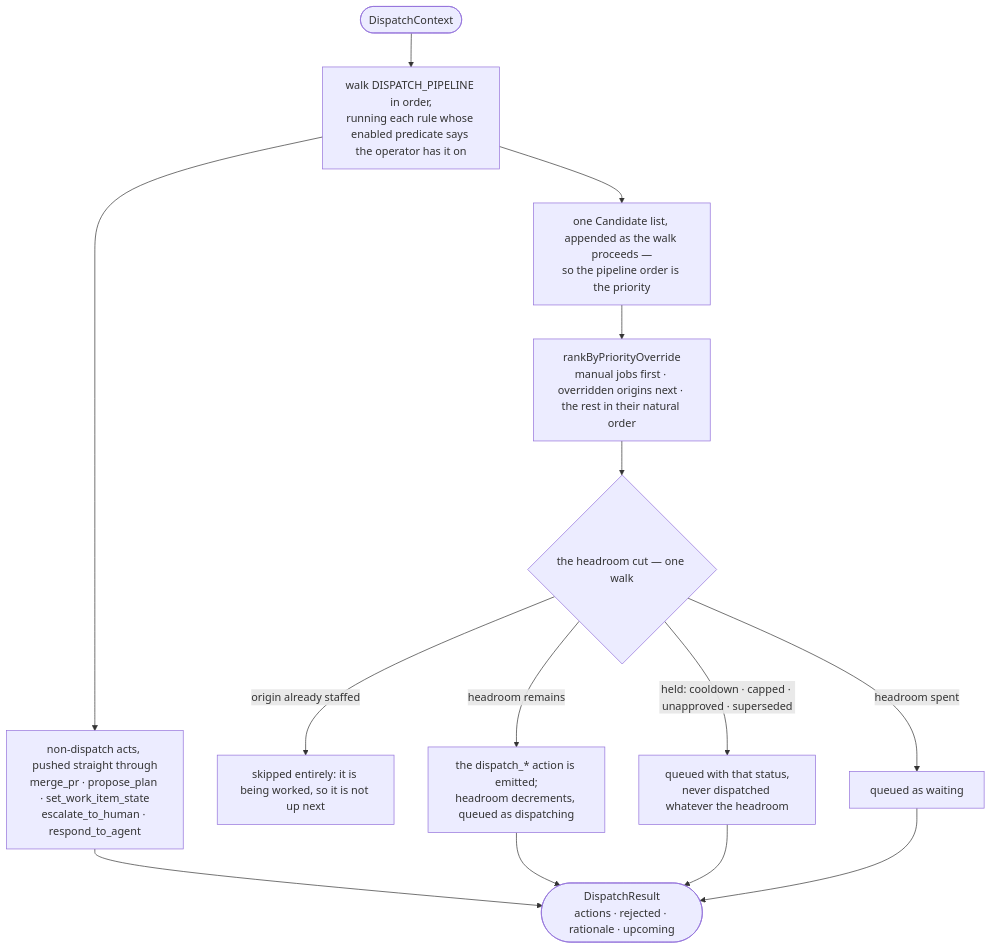
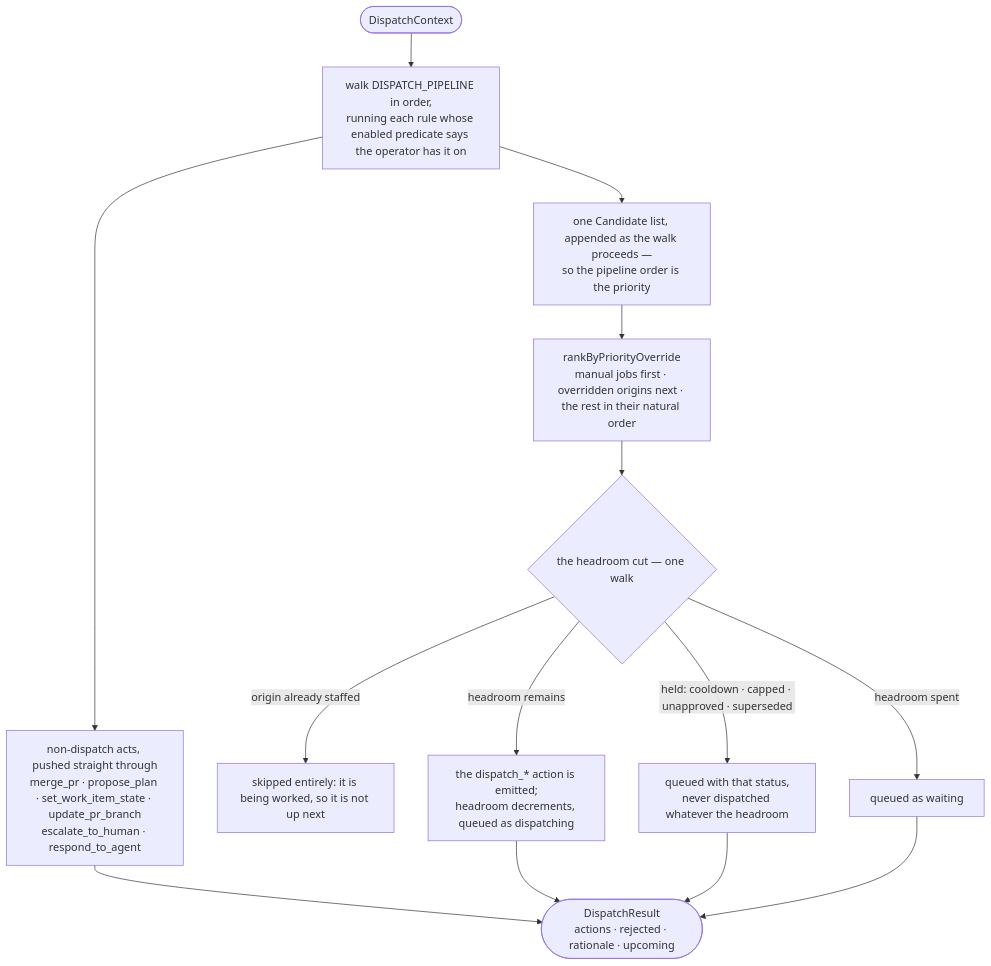
One commit to AdamAwan/LubbDubb changed the diagram in docs/spec/05-dispatcher.md. Above: the diagram before and after it, drawn with Mermaid. The commit also changed other lines of this file and 31 other files, not shown here.

````diff
--- a/docs/spec/05-dispatcher.md
+++ b/docs/spec/05-dispatcher.md
@@ -300,16 +301,16 @@
 ```mermaid
 flowchart TD
     CTX(["DispatchContext"]) --> WALK["walk DISPATCH_PIPELINE in order,<br/>running each rule whose enabled predicate says the operator has it on"]
-    WALK --> NA["non-dispatch acts, pushed straight through<br/>merge_pr · propose_plan · set_work_item_state<br/>escalate_to_human · respond_to_agent"]
+    WALK --> NA["non-dispatch acts, pushed straight through<br/>merge_pr · propose_plan · set_work_item_state · update_pr_branch<br/>escalate_to_human · respond_to_agent"]
     WALK --> CAND["one Candidate list, appended as the walk proceeds —<br/>so the pipeline order is the priority"]
     CAND --> OV["rankByPriorityOverride<br/>manual jobs first · overridden origins next · the rest in their natural order"]
     OV --> CUT{"the headroom cut — one walk"}
     CUT -- origin already staffed --> SK["skipped entirely: it is being worked, so it is not up next"]
     CUT -- "held: cooldown · capped · unapproved · superseded" --> Q1["queued with that status,<br/>never dispatched whatever the headroom"]
     CUT -- headroom remains --> DI["the dispatch_* action is emitted;<br/>headroom decrements, queued as dispatching"]
     CUT -- headroom spent --> Q2["queued as waiting"]
     NA --> OUT(["DispatchResult<br/>actions · rejected · rationale · upcoming"])
     DI --> OUT
     Q1 --> OUT
     Q2 --> OUT
 ```
````
